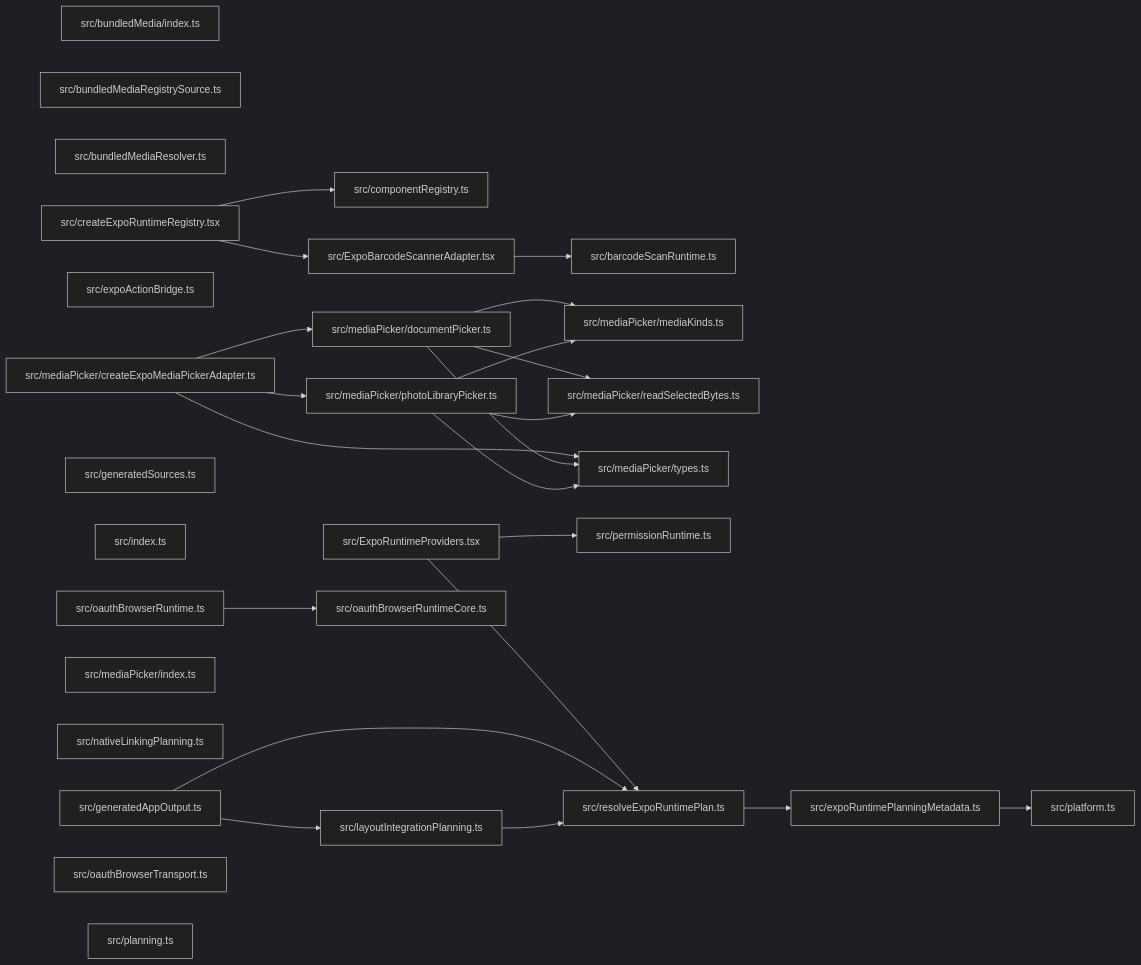
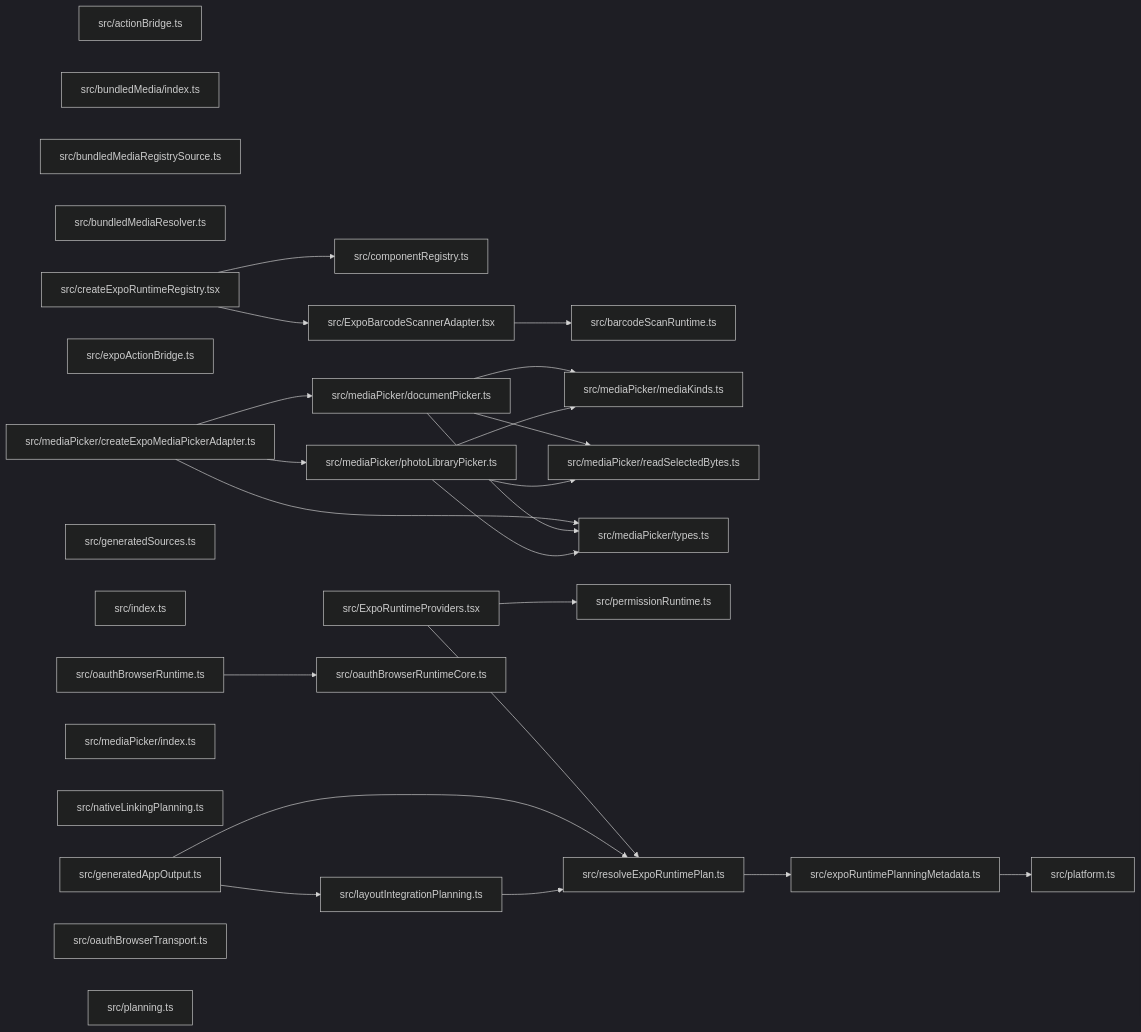
One commit to ankhorage/expo-runtime changed the diagram in paradox/diagrams/module-relationships.mmd. Above: the diagram before and after it, drawn with Mermaid (dark theme). The commit also changed 13 other files, not shown here.

Commit message:
feat: expose standalone action bridge subpath

```diff
--- a/paradox/diagrams/module-relationships.mmd
+++ b/paradox/diagrams/module-relationships.mmd
@@ -1,50 +1,51 @@
 graph LR
+  module_src_actionBridge_ts["src/actionBridge.ts"]
   module_src_barcodeScanRuntime_ts["src/barcodeScanRuntime.ts"]
   module_src_bundledMedia_index_ts["src/bundledMedia/index.ts"]
   module_src_bundledMediaRegistrySource_ts["src/bundledMediaRegistrySource.ts"]
   module_src_bundledMediaResolver_ts["src/bundledMediaResolver.ts"]
   module_src_componentRegistry_ts["src/componentRegistry.ts"]
   module_src_createExpoRuntimeRegistry_tsx["src/createExpoRuntimeRegistry.tsx"]
   module_src_expoActionBridge_ts["src/expoActionBridge.ts"]
   module_src_ExpoBarcodeScannerAdapter_tsx["src/ExpoBarcodeScannerAdapter.tsx"]
   module_src_expoRuntimePlanningMetadata_ts["src/expoRuntimePlanningMetadata.ts"]
   module_src_ExpoRuntimeProviders_tsx["src/ExpoRuntimeProviders.tsx"]
   module_src_generatedAppOutput_ts["src/generatedAppOutput.ts"]
   module_src_generatedSources_ts["src/generatedSources.ts"]
   module_src_index_ts["src/index.ts"]
   module_src_layoutIntegrationPlanning_ts["src/layoutIntegrationPlanning.ts"]
   module_src_mediaPicker_createExpoMediaPickerAdapter_ts["src/mediaPicker/createExpoMediaPickerAdapter.ts"]
   module_src_mediaPicker_documentPicker_ts["src/mediaPicker/documentPicker.ts"]
   module_src_mediaPicker_index_ts["src/mediaPicker/index.ts"]
   module_src_mediaPicker_mediaKinds_ts["src/mediaPicker/mediaKinds.ts"]
   module_src_mediaPicker_photoLibraryPicker_ts["src/mediaPicker/photoLibraryPicker.ts"]
   module_src_mediaPicker_readSelectedBytes_ts["src/mediaPicker/readSelectedBytes.ts"]
   module_src_mediaPicker_types_ts["src/mediaPicker/types.ts"]
   module_src_nativeLinkingPlanning_ts["src/nativeLinkingPlanning.ts"]
   module_src_oauthBrowserRuntime_ts["src/oauthBrowserRuntime.ts"]
   module_src_oauthBrowserRuntimeCore_ts["src/oauthBrowserRuntimeCore.ts"]
   module_src_oauthBrowserTransport_ts["src/oauthBrowserTransport.ts"]
   module_src_permissionRuntime_ts["src/permissionRuntime.ts"]
   module_src_planning_ts["src/planning.ts"]
   module_src_platform_ts["src/platform.ts"]
   module_src_resolveExpoRuntimePlan_ts["src/resolveExpoRuntimePlan.ts"]
   module_src_createExpoRuntimeRegistry_tsx --> module_src_componentRegistry_ts
   module_src_createExpoRuntimeRegistry_tsx --> module_src_ExpoBarcodeScannerAdapter_tsx
   module_src_ExpoBarcodeScannerAdapter_tsx --> module_src_barcodeScanRuntime_ts
   module_src_expoRuntimePlanningMetadata_ts --> module_src_platform_ts
   module_src_ExpoRuntimeProviders_tsx --> module_src_permissionRuntime_ts
   module_src_ExpoRuntimeProviders_tsx --> module_src_resolveExpoRuntimePlan_ts
   module_src_generatedAppOutput_ts --> module_src_layoutIntegrationPlanning_ts
   module_src_generatedAppOutput_ts --> module_src_resolveExpoRuntimePlan_ts
   module_src_layoutIntegrationPlanning_ts --> module_src_resolveExpoRuntimePlan_ts
   module_src_mediaPicker_createExpoMediaPickerAdapter_ts --> module_src_mediaPicker_documentPicker_ts
   module_src_mediaPicker_createExpoMediaPickerAdapter_ts --> module_src_mediaPicker_photoLibraryPicker_ts
   module_src_mediaPicker_createExpoMediaPickerAdapter_ts --> module_src_mediaPicker_types_ts
   module_src_mediaPicker_documentPicker_ts --> module_src_mediaPicker_mediaKinds_ts
   module_src_mediaPicker_documentPicker_ts --> module_src_mediaPicker_readSelectedBytes_ts
   module_src_mediaPicker_documentPicker_ts --> module_src_mediaPicker_types_ts
   module_src_mediaPicker_photoLibraryPicker_ts --> module_src_mediaPicker_mediaKinds_ts
   module_src_mediaPicker_photoLibraryPicker_ts --> module_src_mediaPicker_readSelectedBytes_ts
   module_src_mediaPicker_photoLibraryPicker_ts --> module_src_mediaPicker_types_ts
   module_src_oauthBrowserRuntime_ts --> module_src_oauthBrowserRuntimeCore_ts
   module_src_resolveExpoRuntimePlan_ts --> module_src_expoRuntimePlanningMetadata_ts
```
